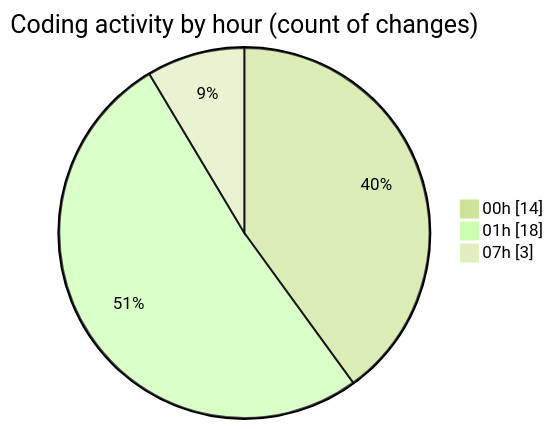
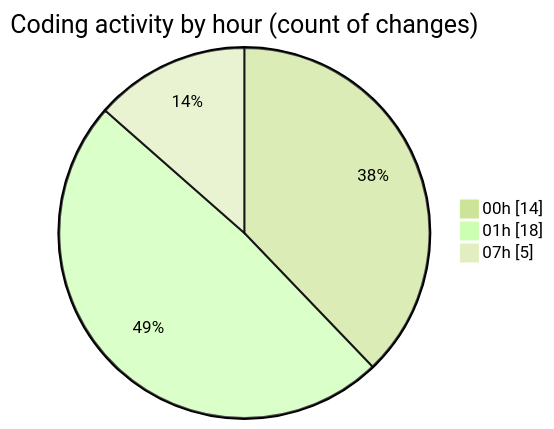
One commit to idhammustaqopulfikri/code-tracking changed the second of 2 diagrams in 2025-06-23/studio-backend/README.md. Above: the diagram before and after it, drawn with Mermaid (forest theme). The commit also changed other lines of this file and 1 other file, not shown here.

````diff
--- a/2025-06-23/studio-backend/README.md
+++ b/2025-06-23/studio-backend/README.md
@@ -29,7 +29,7 @@
 ```mermaid
 pie showData
 title Coding activity by hour (count of changes)
 "00h" : 14
 "01h" : 18
-"07h" : 3
+"07h" : 5
 ```
````
